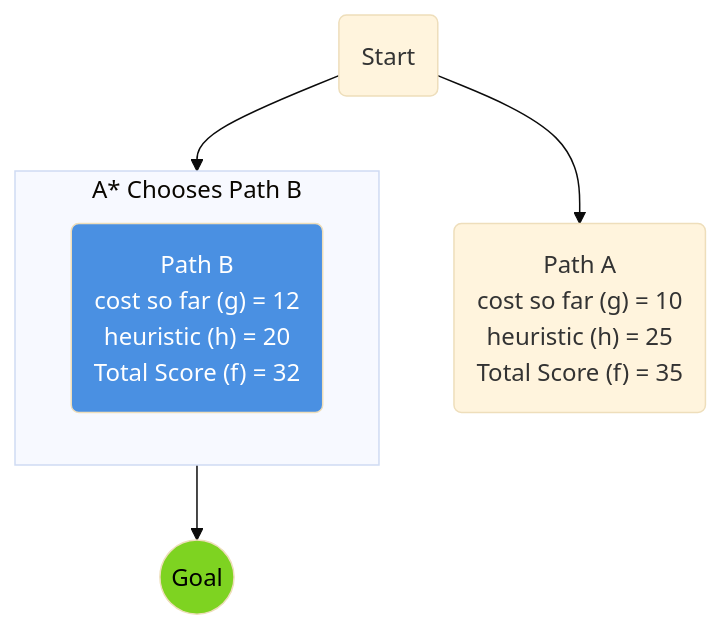
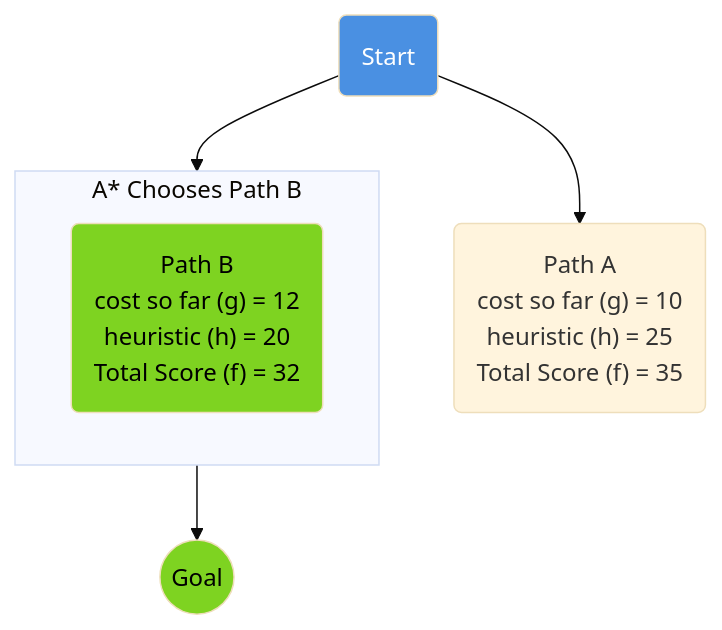
One commit to eltay89/eltay89.github.io changed the second of 4 diagrams in _posts/2025-08-08-ai-search-algorithms-a-z.md. Above: the diagram before and after it, drawn with Mermaid. The commit also changed other lines of this file, not shown here.

````diff
--- a/_posts/2025-08-08-ai-search-algorithms-a-z.md
+++ b/_posts/2025-08-08-ai-search-algorithms-a-z.md
@@ -112,17 +115,18 @@
 ```mermaid
 %%{ init: { 'theme': 'base' } }%%
 graph TD
     S(Start) --> A("Path A <br> cost so far (g) = 10 <br> heuristic (h) = 25 <br> Total Score (f) = 35");
     S --> B("Path B <br> cost so far (g) = 12 <br> heuristic (h) = 20 <br> Total Score (f) = 32");
 
     B --> Goal((Goal));
 
     subgraph "A* Chooses Path B"
         direction LR
         B
     end
     
-    style B fill:#4a90e2,color:#fff;
+    style S fill:#4a90e2,color:#fff
+    style B fill:#7ed321,color:#000;
     classDef goal fill:#7ed321,color:#000;
     class Goal goal;
 ```
````
